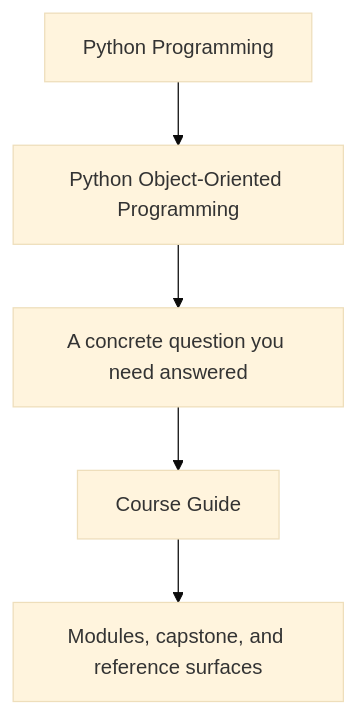
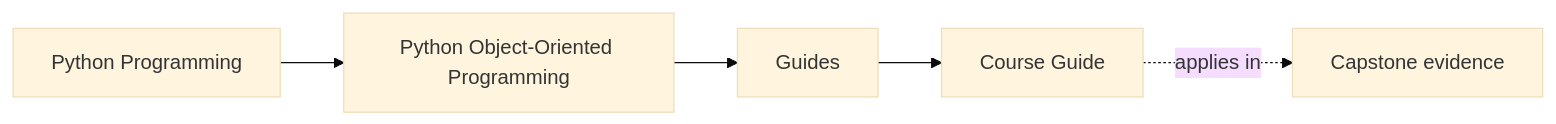
The first of 2 diagrams in programs/python-programming/python-object-oriented-programming/course-book/guides/course-guide.md (bijux/bijux-masterclass), drawn with Mermaid (base theme) before and after one commit. The commit also changed other lines of this file and 65 other files, not shown here.

Commit message:
docs(python-object-oriented-programming): map object model and design foundations

````diff
--- a/programs/python-programming/python-object-oriented-programming/course-book/guides/course-guide.md
+++ b/programs/python-programming/python-object-oriented-programming/course-book/guides/course-guide.md
@@ -7,7 +7,11 @@
 ```mermaid
-flowchart TD
-  family["Python Programming"] --> program["Python Object-Oriented Programming"]
-  program --> pressure["A concrete question you need answered"]
-  pressure --> guide["Course Guide"]
-  guide --> next["Modules, capstone, and reference surfaces"]
+graph LR
+  family["Python Programming"]
+  program["Python Object-Oriented Programming"]
+  section["Guides"]
+  page["Course Guide"]
+  capstone["Capstone evidence"]
+
+  family --> program --> section --> page
+  page -.applies in.-> capstone
 ```
````
